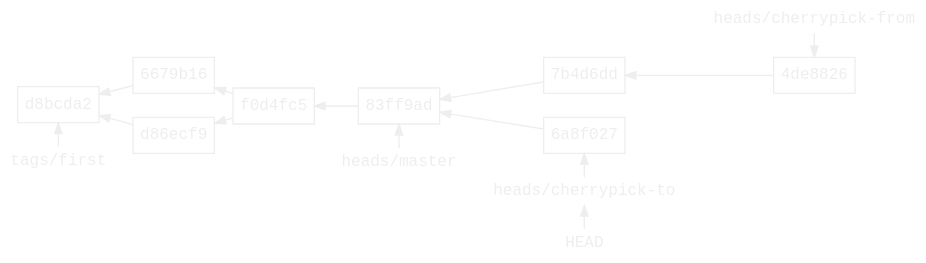
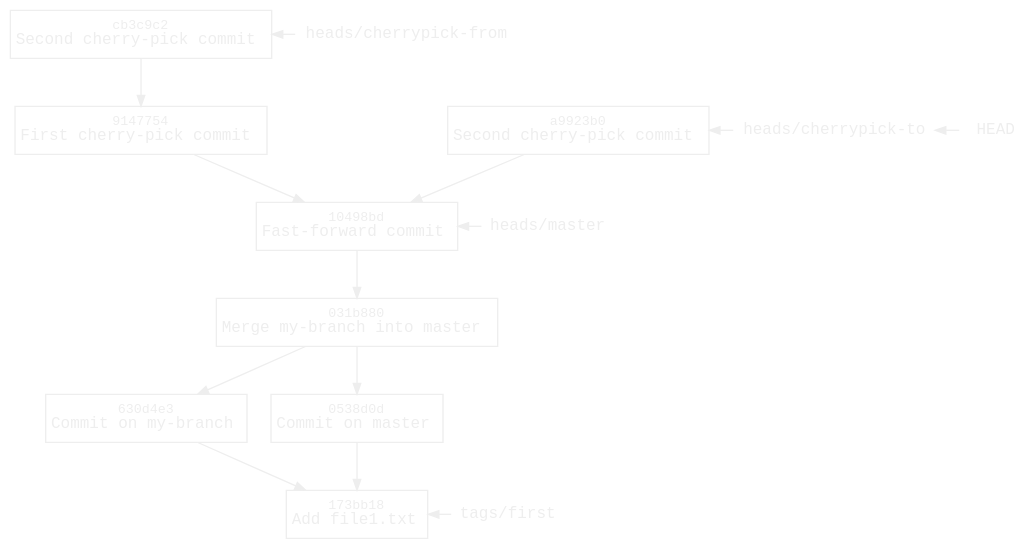
Before and after one commit to williamvds/website: the diagram in content/blog/git/cherrypick.dot, drawn with Graphviz. The commit also changed 16 other files, not shown here.

```diff
--- a/content/blog/git/cherrypick.dot
+++ b/content/blog/git/cherrypick.dot
@@ -1,56 +1,57 @@
 digraph branch {
     bgcolor = transparent
     color = white
-    rankdir = RL
-    ranksep = 0.2
-    node [fontname=monospace, fontsize=12, fontcolor="#eeeeee",
+
+    node [fontname=monospace, fontsize=12, fontcolor="#eeeeee"
           margin="0.06,0.1", height=0, color="#eeeeee"]
     edge [fontcolor="#eeeeee", color="#eeeeee", arrowsize=0.8]
 
     node [shape=box, labeldistance=0.2]
-    "d8bcda2"
-    "6679b16"
-    "d86ecf9"
-    "f0d4fc5"
-    "83ff9ad"
-    "4de8826"
-    "7b4d6dd"
-    "6a8f027"
+    "173bb18" [label=<<font point-size="10">173bb18</font><br/>Add file1.txt>]
+    "630d4e3" [label=<<font point-size="10">630d4e3</font><br/>Commit on my-branch>]
+    "0538d0d" [label=<<font point-size="10">0538d0d</font><br/>Commit on master>]
+    "031b880" [label=<<font point-size="10">031b880</font><br/>Merge my-branch into master>]
+    "10498bd" [label=<<font point-size="10">10498bd</font><br/>Fast-forward commit>]
+    "9147754" [label=<<font point-size="10">9147754</font><br/>First cherry-pick commit>]
+    "cb3c9c2" [label=<<font point-size="10">cb3c9c2</font><br/>Second cherry-pick commit>]
+    master_invis [style=invis]
+    "a9923b0" [label=<<font point-size="10">a9923b0</font><br/>Second cherry-pick commit>]
 
     node [shape=none, margin=0.05, height=0]
     HEAD
     master [label="heads/master"]
     cherrypick_from [label="heads/cherrypick-from"]
     cherrypick_to [label="heads/cherrypick-to"]
     first [label="tags/first"]
 
-    "6679b16" -> "d8bcda2"
-    "d86ecf9" -> "d8bcda2"
-    "f0d4fc5" -> "6679b16"
-    "f0d4fc5" -> "d86ecf9"
-    "83ff9ad" -> "f0d4fc5"
-    "7b4d6dd" -> "83ff9ad"
-    "4de8826" -> "7b4d6dd"
-    "6a8f027" -> "83ff9ad"
+    "630d4e3" -> "173bb18"
+    "0538d0d" -> "173bb18" [weight=2]
+    "031b880" -> "630d4e3"
+    "031b880" -> "0538d0d" [weight=2]
+    "10498bd" -> "031b880" [weight=2]
+    "9147754" -> "10498bd"
+    "cb3c9c2" -> "9147754"
+    "a9923b0" -> "10498bd"
+    master_invis -> "10498bd" [weight=2 style=invis]
 
     {
         rank = same
-        first -> "d8bcda2" [constraint=false]
+        first -> "173bb18" [constraint=false]
     }
 
     {
         rank = same
-        master -> "83ff9ad" [constraint=false]
+        master -> "10498bd" [constraint=false]
     }
 
     {
         rank = same
-        cherrypick_from -> "4de8826"
+        cherrypick_from -> "cb3c9c2" [constraint=false]
     }
 
     {
         rank = same
         HEAD -> cherrypick_to [constraint=false]
-        cherrypick_to -> "6a8f027" [constraint=false]
+        cherrypick_to -> "a9923b0" [constraint=false]
     }
 }
```
